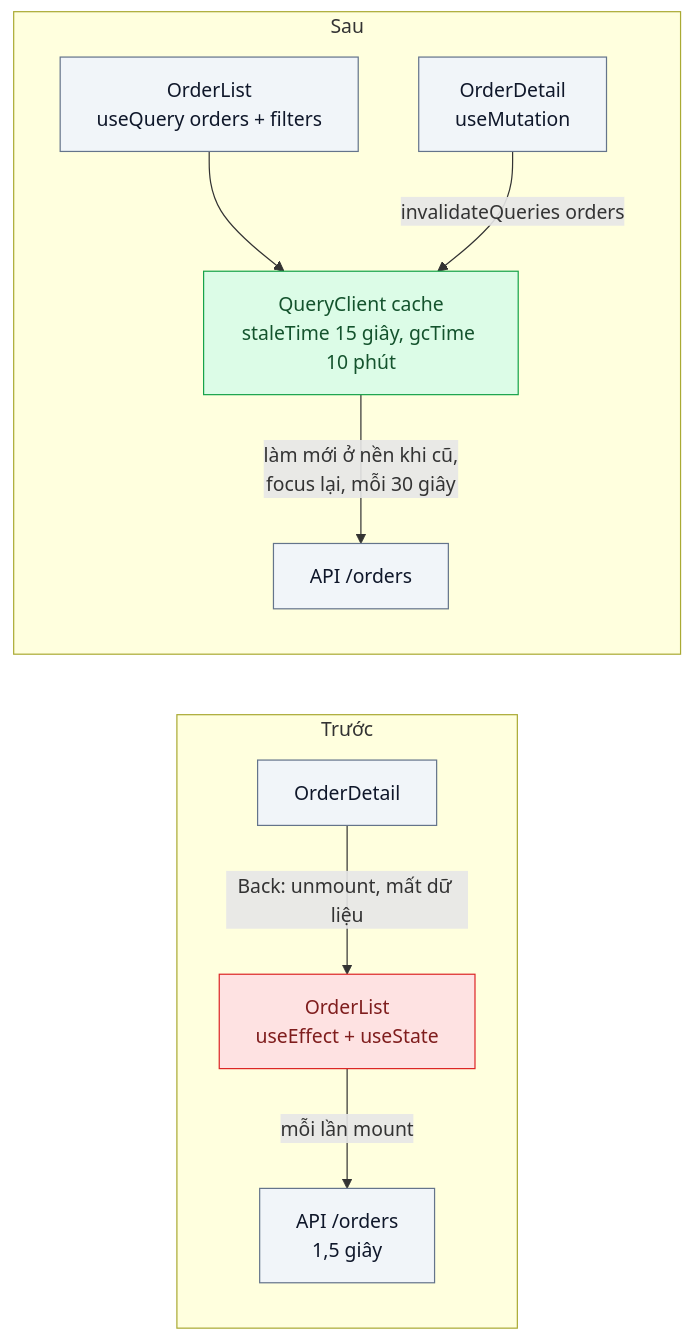
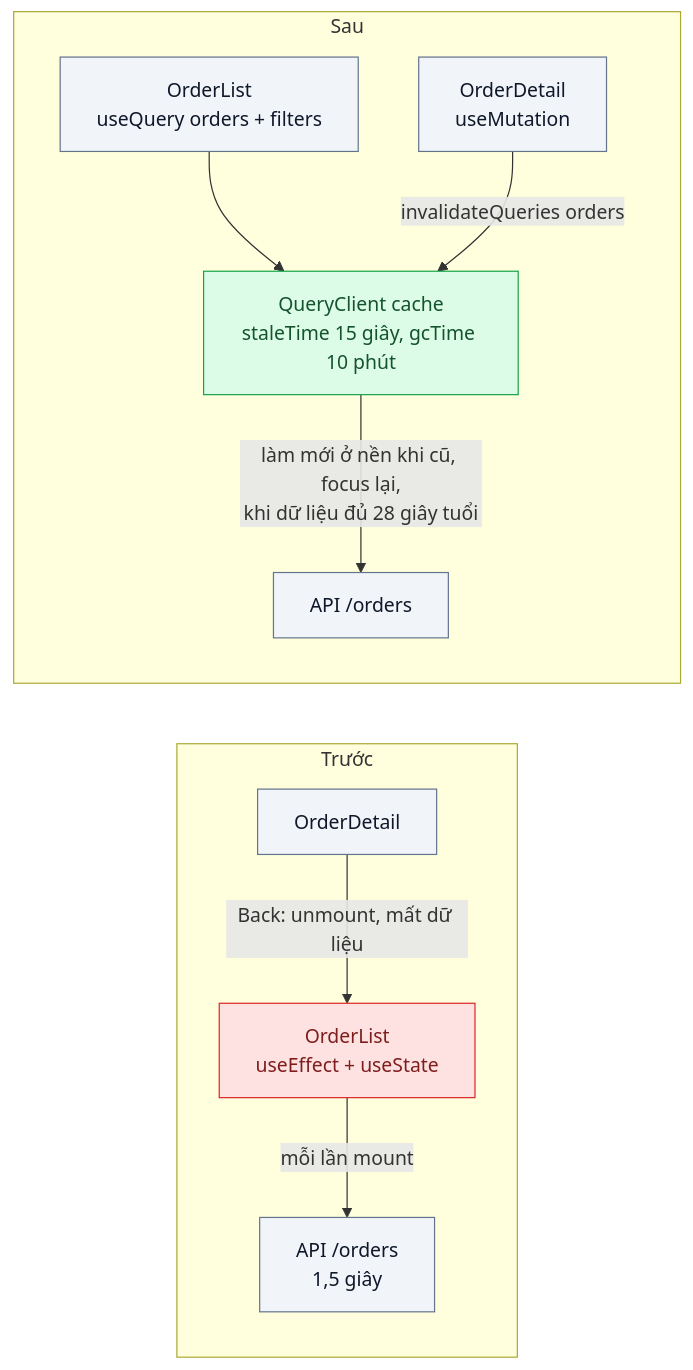
Before and after one commit to nguyenquochuy2311/system-design-nestjs: the first of 2 diagrams in 04-frontend-cache/03-stale-while-revalidate-quay-lai-trang-lai-thay-loading/README.md, drawn with Mermaid. The commit also changed other lines of this file and 69 other files, not shown here.

````diff
--- a/04-frontend-cache/03-stale-while-revalidate-quay-lai-trang-lai-thay-loading/README.md
+++ b/04-frontend-cache/03-stale-while-revalidate-quay-lai-trang-lai-thay-loading/README.md
@@ -47,17 +47,17 @@
 ```mermaid
 flowchart LR
   classDef moi fill:#DCFCE7,stroke:#16A34A,color:#14532D
   classDef cu fill:#F1F5F9,stroke:#64748B,color:#0F172A
   classDef loi fill:#FEE2E2,stroke:#DC2626,color:#7F1D1D
 
   subgraph TRUOC["Trước"]
     L1["OrderList<br/>useEffect + useState"]:::loi -->|"mỗi lần mount"| A1["API /orders<br/>1,5 giây"]:::cu
     D1["OrderDetail"]:::cu -->|"Back: unmount, mất dữ liệu"| L1
   end
 
   subgraph SAU["Sau"]
     L2["OrderList<br/>useQuery orders + filters"]:::cu --> QC["QueryClient cache<br/>staleTime 15 giây, gcTime 10 phút"]:::moi
     D2["OrderDetail<br/>useMutation"]:::cu -->|"invalidateQueries orders"| QC
-    QC -->|"làm mới ở nền khi cũ,<br/>focus lại, mỗi 30 giây"| A2["API /orders"]:::cu
+    QC -->|"làm mới ở nền khi cũ, focus lại,<br/>khi dữ liệu đủ 28 giây tuổi"| A2["API /orders"]:::cu
   end
 ```
````
